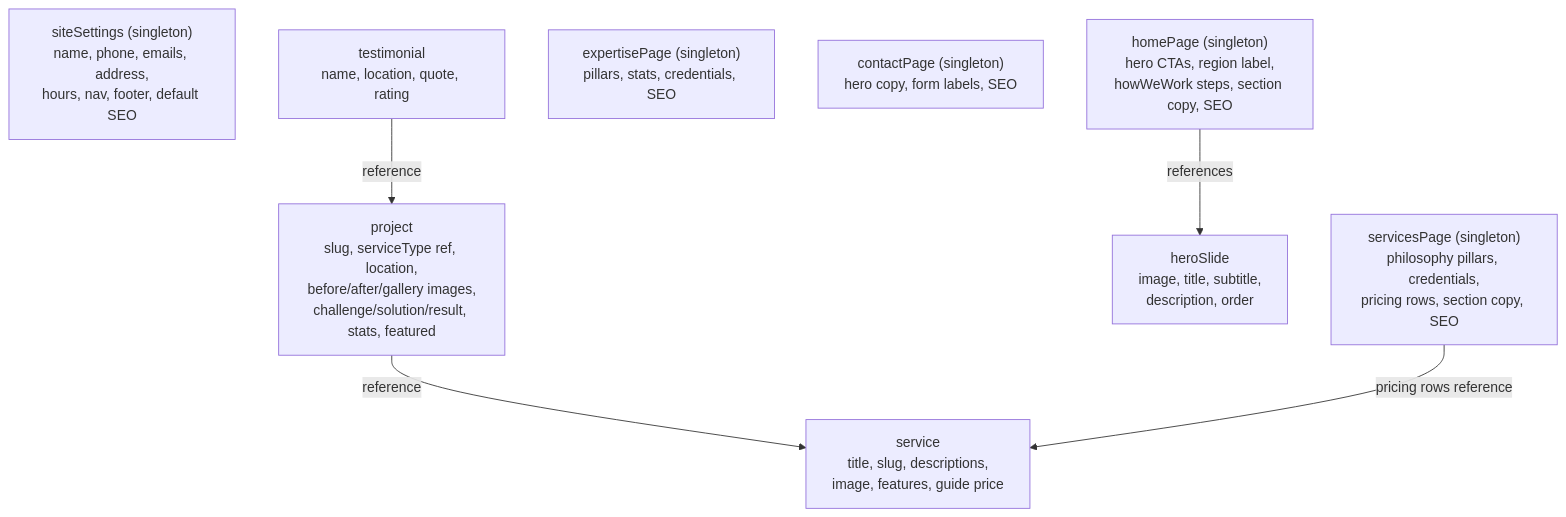
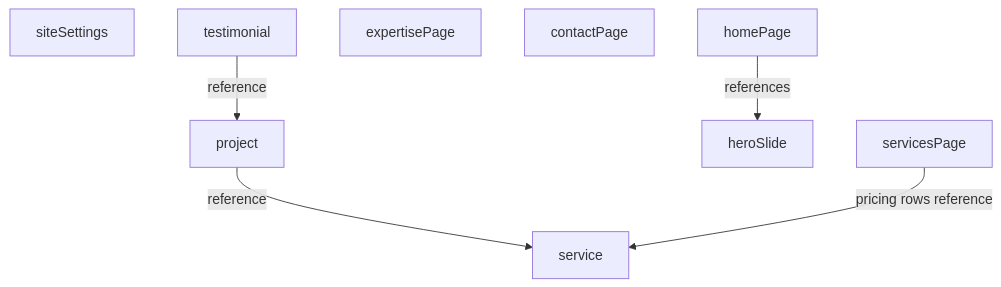
The diagram in docs/sanity-content-migration-plan.md (Simon-Bertram/cornwall-ponds), drawn with Mermaid before and after one commit. The commit also changed other lines of this file and 4 other files, not shown here.

````diff
--- a/docs/sanity-content-migration-plan.md
+++ b/docs/sanity-content-migration-plan.md
@@ -23,17 +39,17 @@
 ```mermaid
 flowchart TD
-  siteSettings["siteSettings (singleton)<br/>name, phone, emails, address,<br/>hours, nav, footer, default SEO"]
-  homePage["homePage (singleton)<br/>hero CTAs, region label,<br/>howWeWork steps, section copy, SEO"]
-  servicesPage["servicesPage (singleton)<br/>philosophy pillars, credentials,<br/>pricing rows, section copy, SEO"]
-  expertisePage["expertisePage (singleton)<br/>pillars, stats, credentials, SEO"]
-  contactPage["contactPage (singleton)<br/>hero copy, form labels, SEO"]
-  heroSlide["heroSlide<br/>image, title, subtitle,<br/>description, order"]
-  service["service<br/>title, slug, descriptions,<br/>image, features, guide price"]
-  project["project<br/>slug, serviceType ref, location,<br/>before/after/gallery images,<br/>challenge/solution/result, stats, featured"]
-  testimonial["testimonial<br/>name, location, quote, rating"]
+  siteSettings["siteSettings"]
+  homePage["homePage"]
+  servicesPage["servicesPage"]
+  expertisePage["expertisePage"]
+  contactPage["contactPage"]
+  heroSlide["heroSlide"]
+  service["service"]
+  project["project"]
+  testimonial["testimonial"]
 
   homePage -->|references| heroSlide
   project -->|reference| service
   testimonial -->|reference| project
   servicesPage -->|pricing rows reference| service
 ```
````
